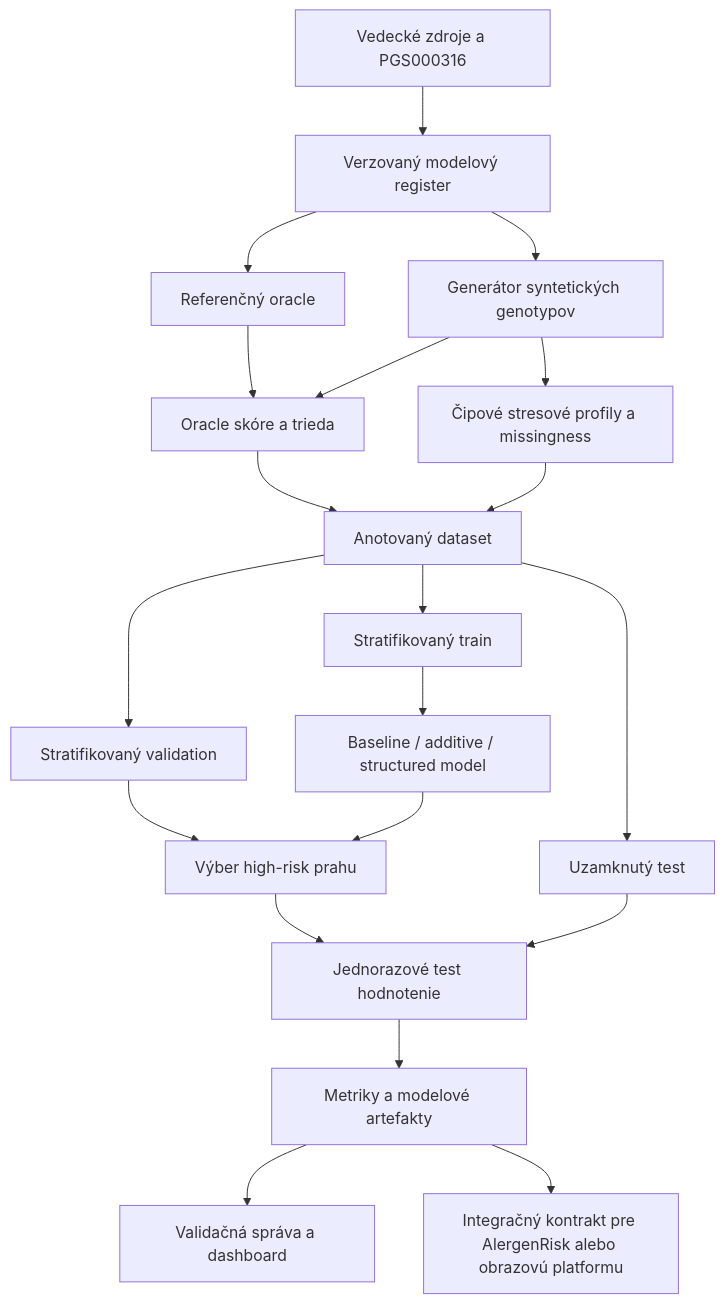
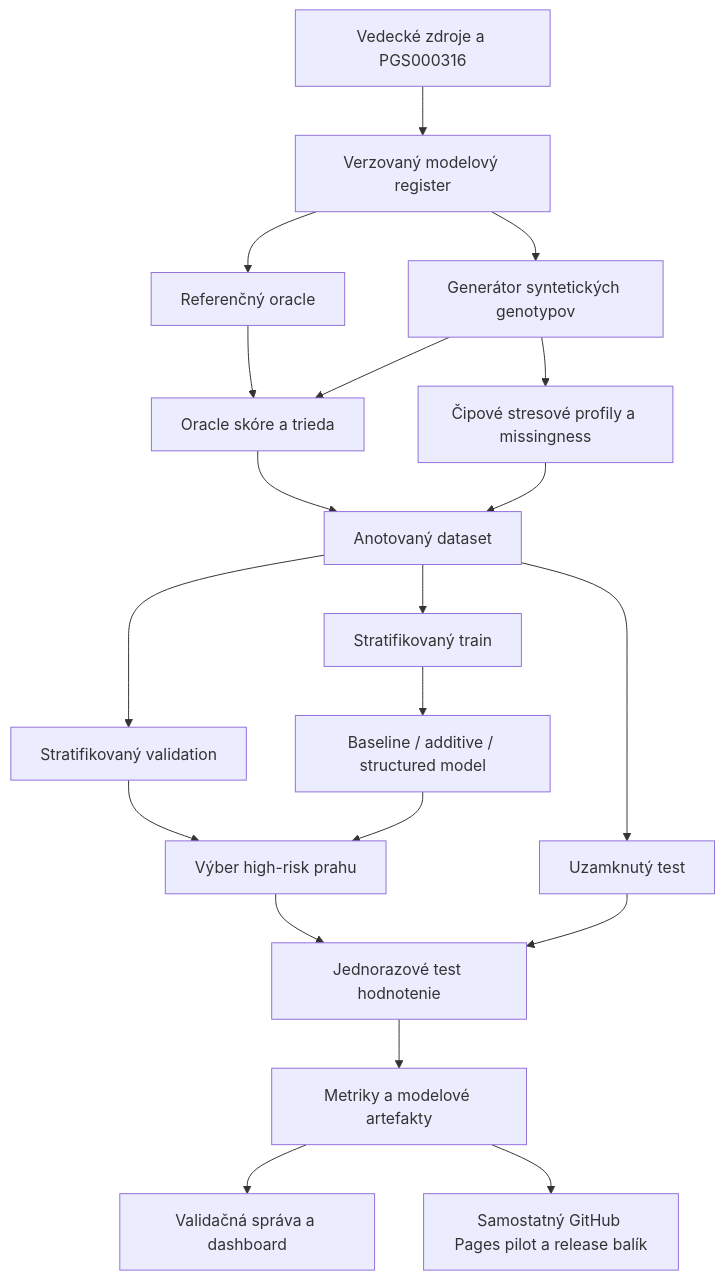
Before and after one commit to umbaja/alergenrisk-celiac-pilot: the diagram in docs/process-map.md, drawn with Mermaid. The commit also changed other lines of this file and 45 other files, not shown here.

Commit message:
Complete celiac pilot research release

````diff
--- a/docs/process-map.md
+++ b/docs/process-map.md
@@ -5,22 +5,22 @@
 ```mermaid
 flowchart TD
   A[Vedecké zdroje a PGS000316] --> B[Verzovaný modelový register]
   B --> C[Referenčný oracle]
   B --> D[Generátor syntetických genotypov]
   C --> E[Oracle skóre a trieda]
   D --> E
   D --> F[Čipové stresové profily a missingness]
   E --> G[Anotovaný dataset]
   F --> G
   G --> H[Stratifikovaný train]
   G --> I[Stratifikovaný validation]
   G --> J[Uzamknutý test]
   H --> K[Baseline / additive / structured model]
   I --> L[Výber high-risk prahu]
   K --> L
   L --> M[Jednorazové test hodnotenie]
   J --> M
   M --> N[Metriky a modelové artefakty]
   N --> O[Validačná správa a dashboard]
-  N --> P[Integračný kontrakt pre AlergenRisk alebo obrazovú platformu]
+  N --> P[Samostatný GitHub Pages pilot a release balík]
 ```
````
